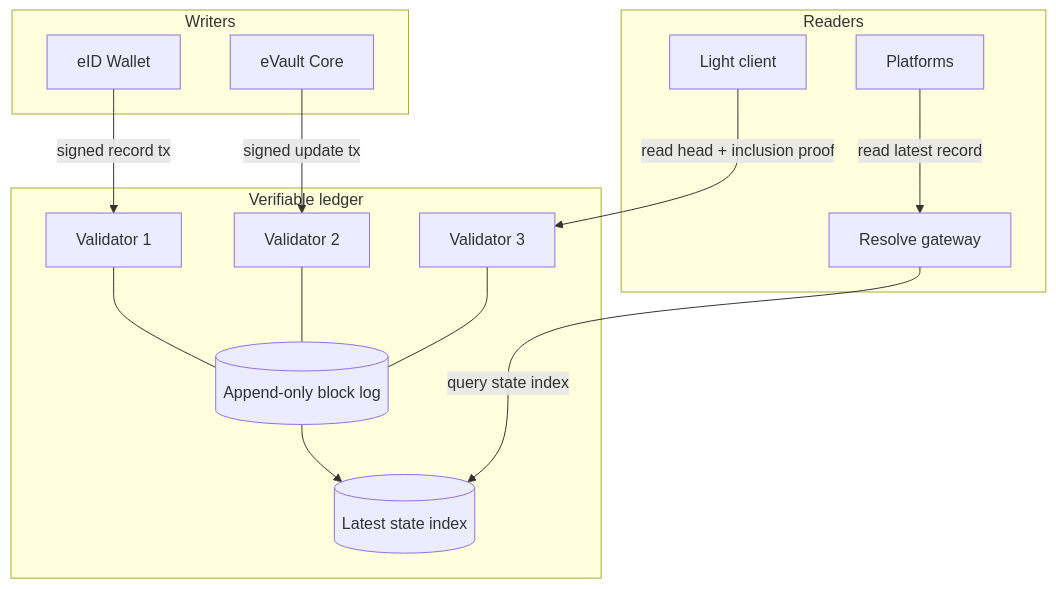
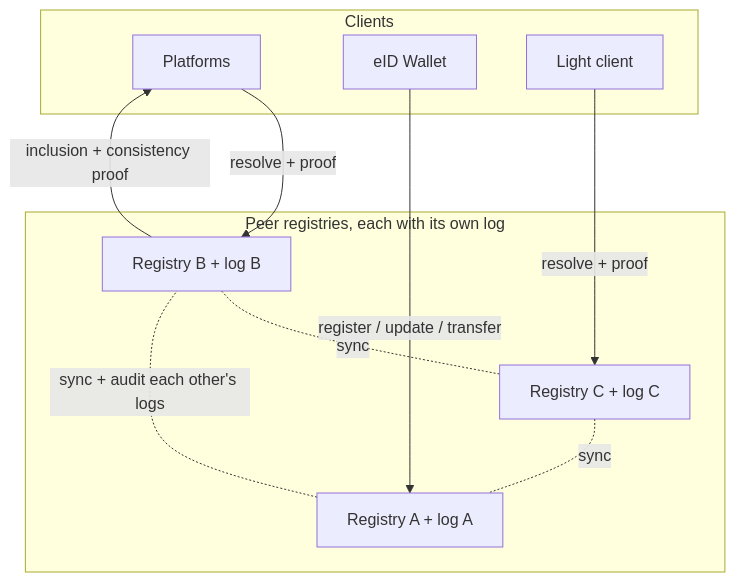
The first of 4 diagrams in content/docs/architecture/decentralised-registry/ledger-anchored.md (w3ds-docs/w3ds-docs), drawn with Mermaid before and after one commit. The commit also changed other lines of this file and 4 other files, not shown here.

````diff
--- a/content/docs/architecture/decentralised-registry/ledger-anchored.md
+++ b/content/docs/architecture/decentralised-registry/ledger-anchored.md
@@ -35,31 +36,22 @@
 ```mermaid
 graph TB
-    subgraph Writers["Writers"]
+    subgraph Clients["Clients"]
+        Platform[Platforms]
         Wallet[eID Wallet]
-        EVaultW[eVault Core]
-    end
-
-    subgraph Ledger["Verifiable ledger"]
-        V1[Validator 1]
-        V2[Validator 2]
-        V3[Validator 3]
-        Chain[(Append-only block log)]
-        State[(Latest state index)]
-        V1 --- Chain
-        V2 --- Chain
-        V3 --- Chain
-        Chain --> State
-    end
-
-    subgraph Readers["Readers"]
-        Platform[Platforms]
-        Gateway[Resolve gateway]
         Light[Light client]
     end
 
-    Wallet -->|signed record tx| V1
-    EVaultW -->|signed update tx| V2
-    Platform -->|read latest record| Gateway
-    Gateway -->|query state index| State
-    Light -->|read head + inclusion proof| V3
+    subgraph Federation["Peer registries, each with its own log"]
+        R1[Registry A + log A]
+        R2[Registry B + log B]
+        R3[Registry C + log C]
+        R1 -. sync + audit each other's logs .- R2
+        R2 -. sync .- R3
+        R3 -. sync .- R1
+    end
+
+    Wallet -->|register / update / transfer| R1
+    Platform -->|resolve + proof| R2
+    Light -->|resolve + proof| R3
+    R2 -->|inclusion + consistency proof| Platform
 ```
````
